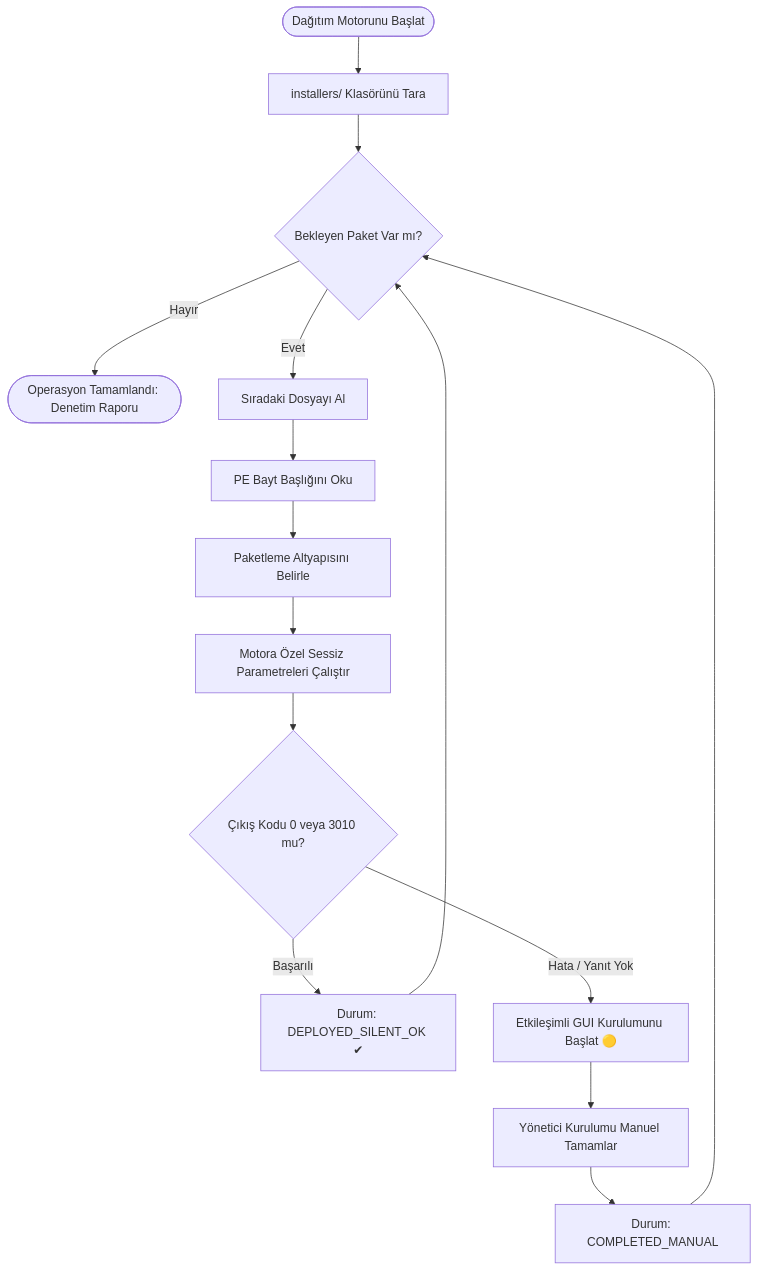
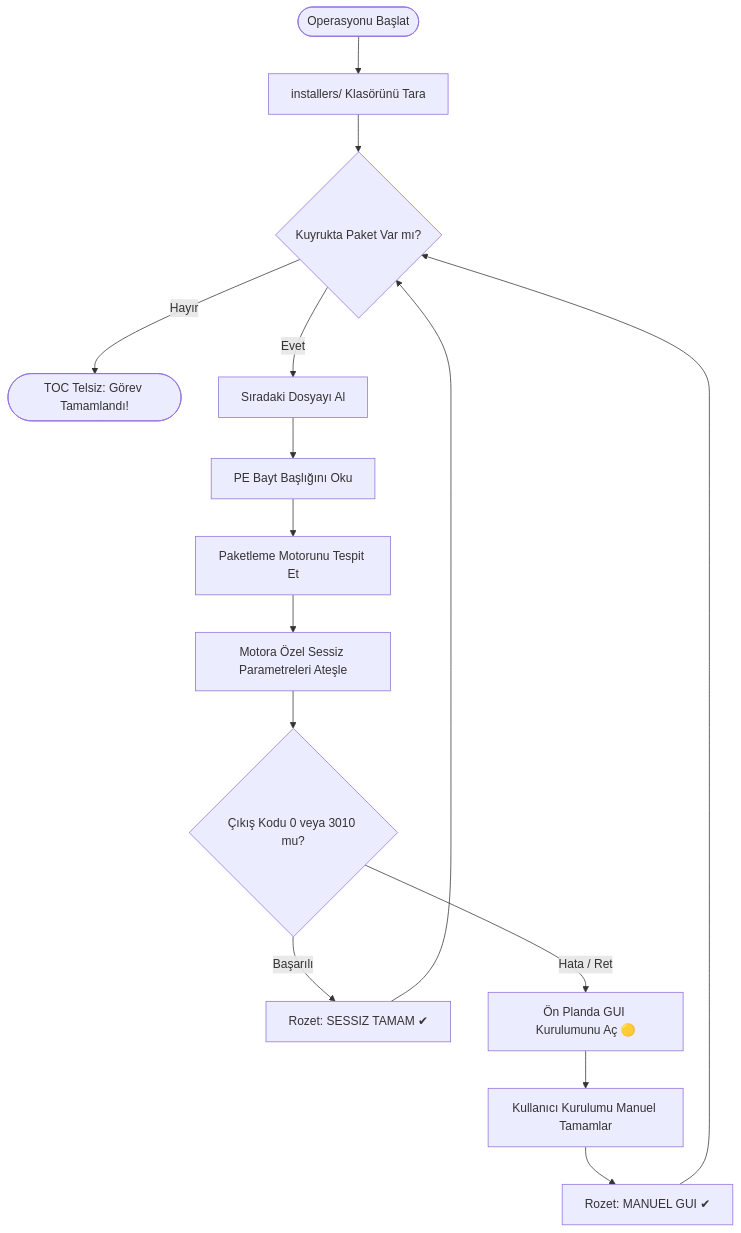
Before and after one commit to Uwedwa/install-or-not: the diagram in README_TR.md, drawn with Mermaid. The commit also changed other lines of this file and 1 other file, not shown here.

````diff
--- a/README_TR.md
+++ b/README_TR.md
@@ -114,22 +132,22 @@
 ```mermaid
 flowchart TD
-    Basla([Dağıtım Motorunu Başlat]) --> Tara[installers/ Klasörünü Tara]
-    Tara --> KuyrukKontrol{Bekleyen Paket Var mı?}
+    Basla([Operasyonu Başlat]) --> Tara[installers/ Klasörünü Tara]
+    Tara --> KuyrukKontrol{Kuyrukta Paket Var mı?}
     
-    KuyrukKontrol -- Hayır --> Tamamla([Operasyon Tamamlandı: Denetim Raporu])
+    KuyrukKontrol -- Hayır --> Brifing([TOC Telsiz: Görev Tamamlandı!])
     KuyrukKontrol -- Evet --> Siradaki[Sıradaki Dosyayı Al]
     
     Siradaki --> BaslikOku[PE Bayt Başlığını Oku]
-    BaslikOku --> MotorBelirle[Paketleme Altyapısını Belirle]
-    MotorBelirle --> SessizKur[Motora Özel Sessiz Parametreleri Çalıştır]
+    BaslikOku --> MotorBelirle[Paketleme Motorunu Tespit Et]
+    MotorBelirle --> SessizKur[Motora Özel Sessiz Parametreleri Ateşle]
     
     SessizKur --> CikisKontrol{Çıkış Kodu 0 veya 3010 mu?}
-    CikisKontrol -- Başarılı --> DurumOK[Durum: DEPLOYED_SILENT_OK ✔]
-    CikisKontrol -- Hata / Yanıt Yok --> ArayuzAc[Etkileşimli GUI Kurulumunu Başlat 🟡]
+    CikisKontrol -- Başarılı --> DurumOK[Rozet: SESSIZ TAMAM ✔]
+    CikisKontrol -- Hata / Ret --> ArayuzAc[Ön Planda GUI Kurulumunu Aç 🟡]
     
-    ArayuzAc --> KullaniciTamamlar[Yönetici Kurulumu Manuel Tamamlar]
-    KullaniciTamamlar --> DurumManuel[Durum: COMPLETED_MANUAL]
+    ArayuzAc --> ManuelKurulum[Kullanıcı Kurulumu Manuel Tamamlar]
+    ManuelKurulum --> DurumManuel[Rozet: MANUEL GUI ✔]
     
     DurumOK --> KuyrukKontrol
     DurumManuel --> KuyrukKontrol
 ```
````
